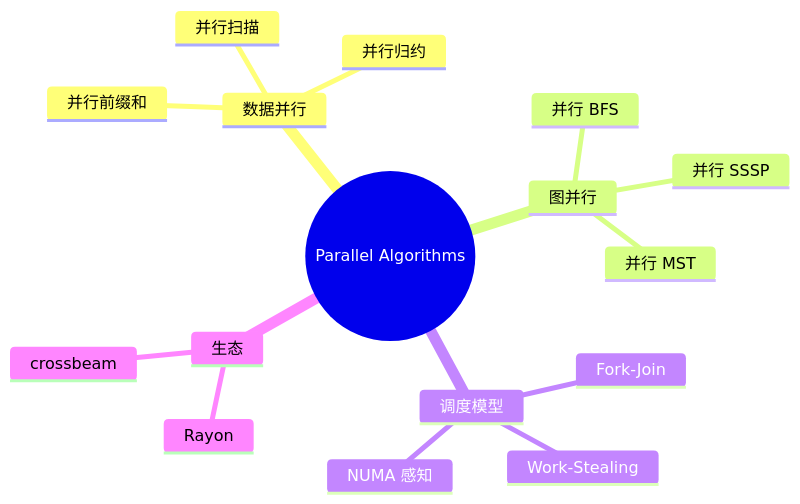
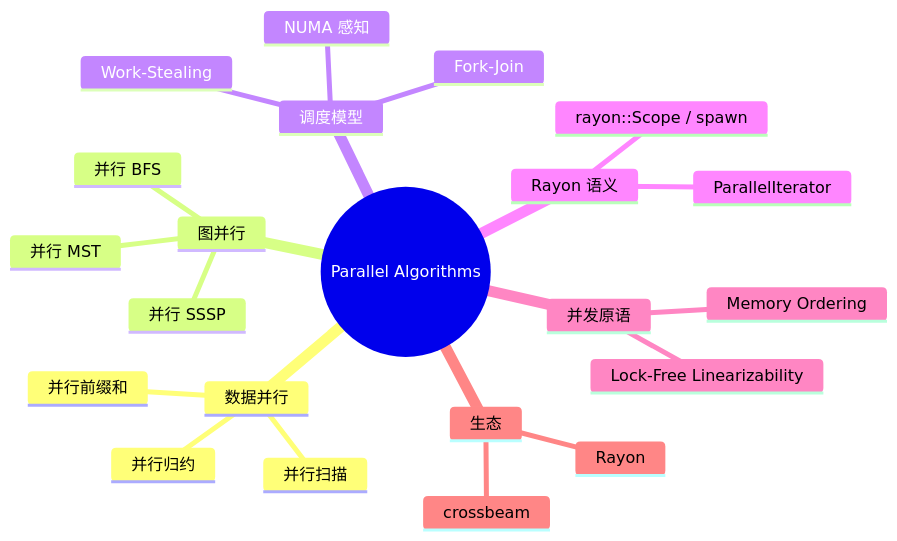
Before and after one commit to martin-ly/rust-lang: the diagram in concept/06_ecosystem/11_domain_applications/25_parallel_algorithms.md, drawn with Mermaid. The commit also changed other lines of this file and 35 other files, not shown here.

````diff
--- a/concept/06_ecosystem/11_domain_applications/25_parallel_algorithms.md
+++ b/concept/06_ecosystem/11_domain_applications/25_parallel_algorithms.md
@@ -340,19 +479,25 @@
 ```mermaid
 mindmap
   root((Parallel Algorithms))
     数据并行
       并行前缀和
       并行扫描
       并行归约
     图并行
       并行 BFS
       并行 SSSP
       并行 MST
     调度模型
       Fork-Join
       Work-Stealing
       NUMA 感知
+    Rayon 语义
+      ParallelIterator
+      rayon::Scope / spawn
+    并发原语
+      Lock-Free Linearizability
+      Memory Ordering
     生态
       Rayon
       crossbeam
 ```
````
